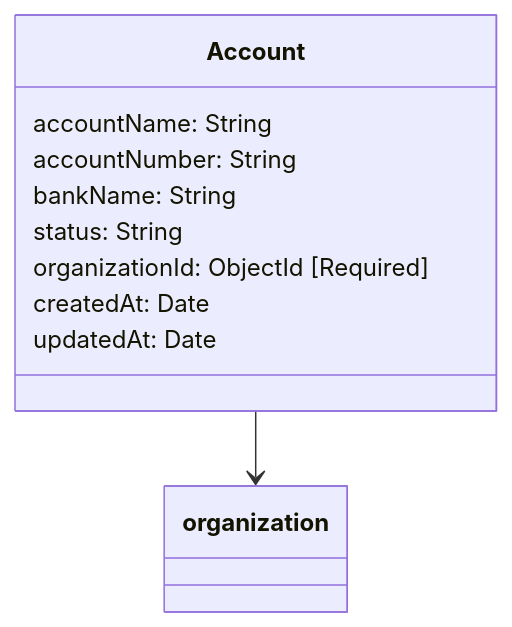
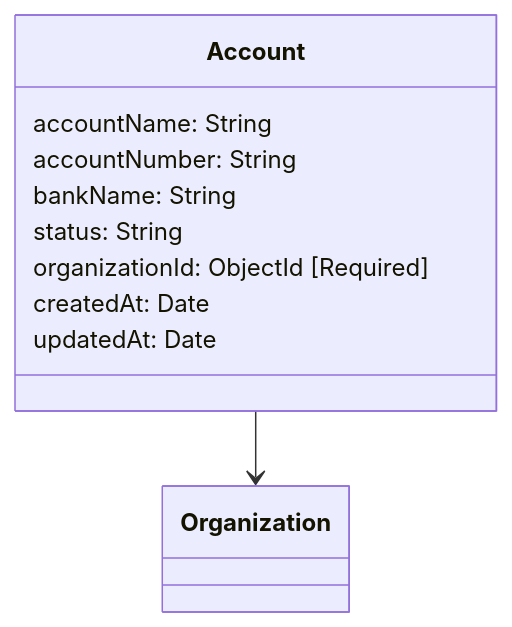
The diagram in schema-visualizations/Account.mmd (Budeshi-Products/workflowPadi-Schemas), drawn with Mermaid before and after one commit. The commit also changed 75 other files, not shown here.

```diff
--- a/schema-visualizations/Account.mmd
+++ b/schema-visualizations/Account.mmd
@@ -1,12 +1,12 @@
 classDiagram
   class Account {
     accountName: String
     accountNumber: String
     bankName: String
     status: String
     organizationId: ObjectId [Required]
     createdAt: Date
     updatedAt: Date
   }
 
-  Account --> organization
+  Account --> Organization
```
